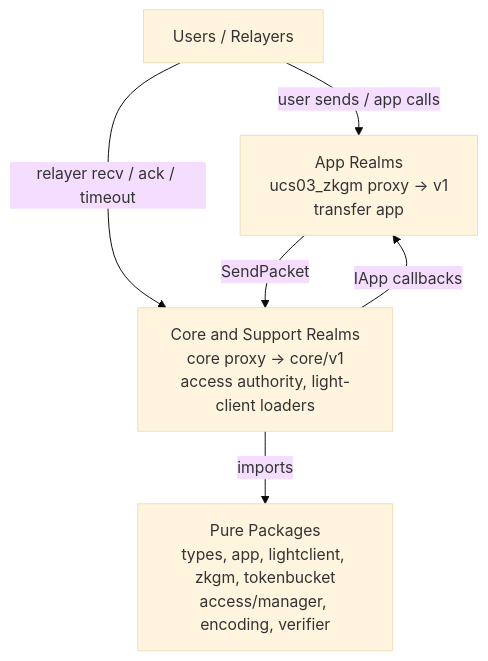
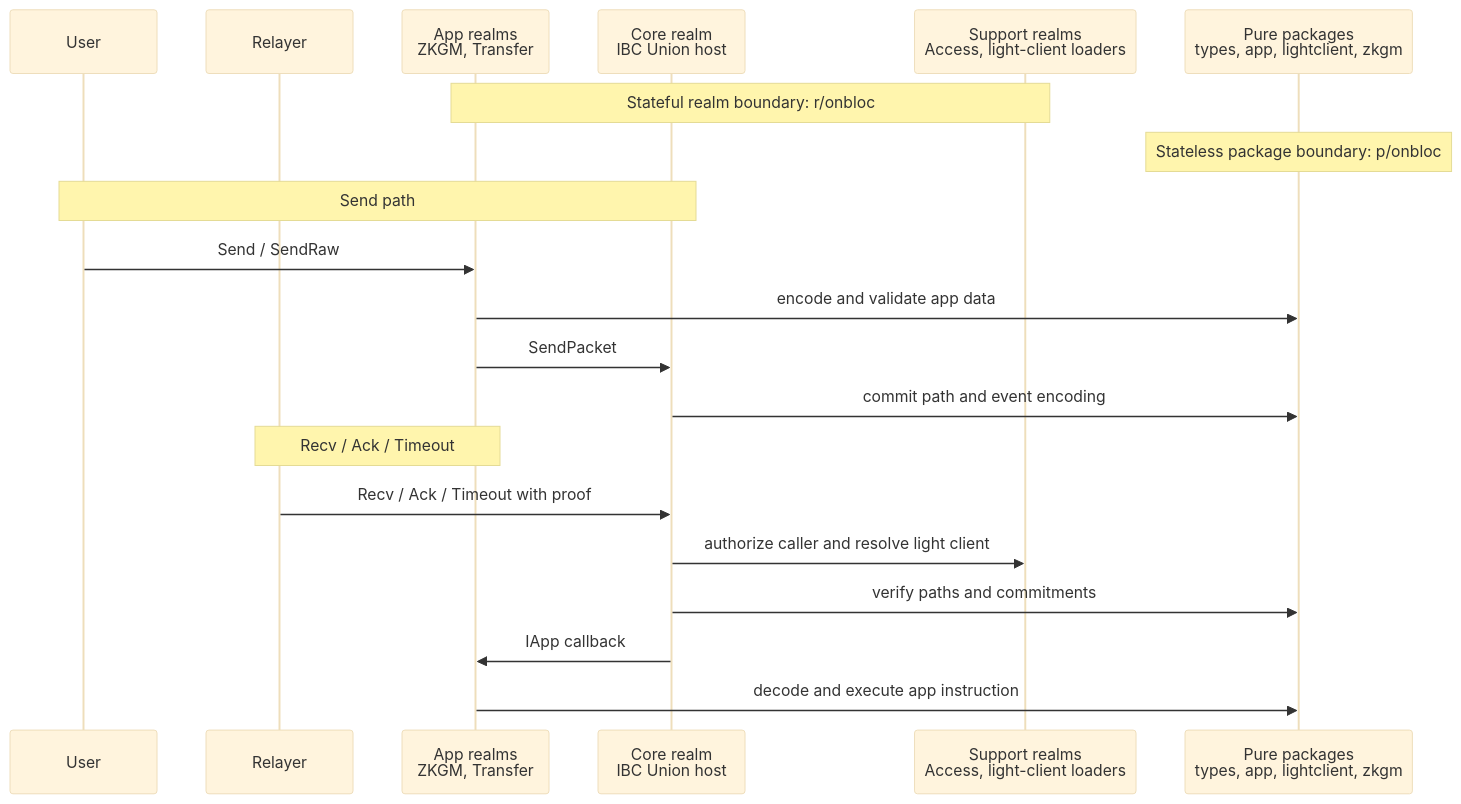
Before and after one commit to onbloc/gno-ibc: the diagram in docs/architecture/README.md, drawn with Mermaid (base theme). The commit also changed other lines of this file, not shown here.

Commit message:
docs: refine architecture layer map

````diff
--- a/docs/architecture/README.md
+++ b/docs/architecture/README.md
@@ -56,13 +54,25 @@
 ```mermaid
-flowchart TD
-    callers["Users / Relayers"]
-    appLayer["App Realms<br/>ucs03_zkgm proxy -> v1<br/>transfer app"]
-    coreLayer["Core and Support Realms<br/>core proxy -> core/v1<br/>access authority, light-client loaders"]
-    pureLayer["Pure Packages<br/>types, app, lightclient, zkgm, tokenbucket<br/>access/manager, encoding, verifier"]
+sequenceDiagram
+    participant User
+    participant Relayer
+    participant App as App realms<br/>ZKGM, Transfer
+    participant Core as Core realm<br/>IBC Union host
+    participant Support as Support realms<br/>Access, light-client loaders
+    participant Pure as Pure packages<br/>types, app, lightclient, zkgm
 
-    callers -->|"user sends / app calls"| appLayer
-    callers -->|"relayer recv / ack / timeout"| coreLayer
-    appLayer -->|"SendPacket"| coreLayer
-    coreLayer -->|"IApp callbacks"| appLayer
-    coreLayer -->|"imports"| pureLayer
+    Note over App,Support: Stateful realm boundary: r/onbloc
+    Note over Pure: Stateless package boundary: p/onbloc
+
+    Note over User,Core: Send path
+    User->>App: Send / SendRaw
+    App->>Pure: encode and validate app data
+    App->>Core: SendPacket
+    Core->>Pure: commit path and event encoding
+
+    Note over Relayer,App: Recv / Ack / Timeout
+    Relayer->>Core: Recv / Ack / Timeout with proof
+    Core->>Support: authorize caller and resolve light client
+    Core->>Pure: verify paths and commitments
+    Core->>App: IApp callback
+    App->>Pure: decode and execute app instruction
 ```
````
